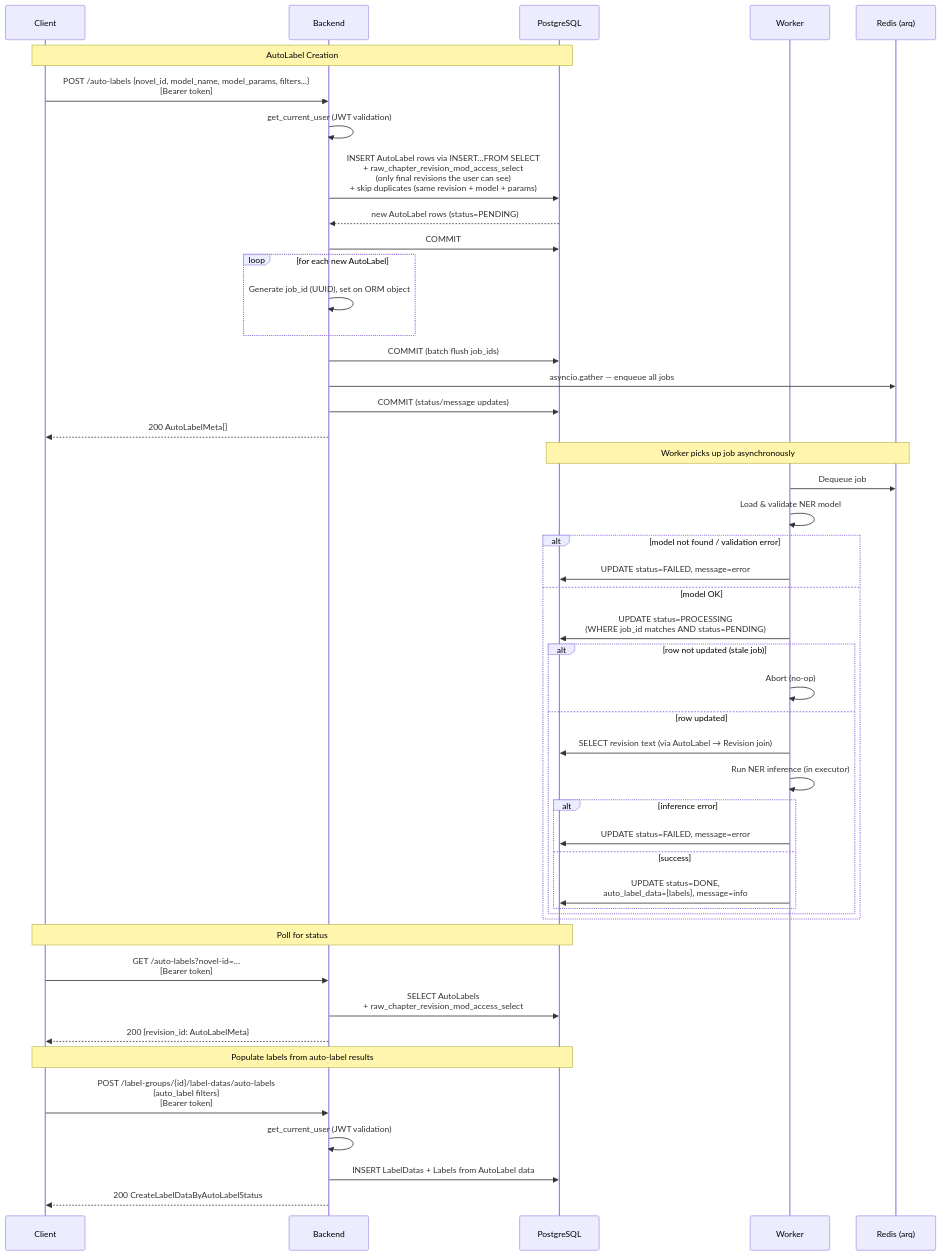
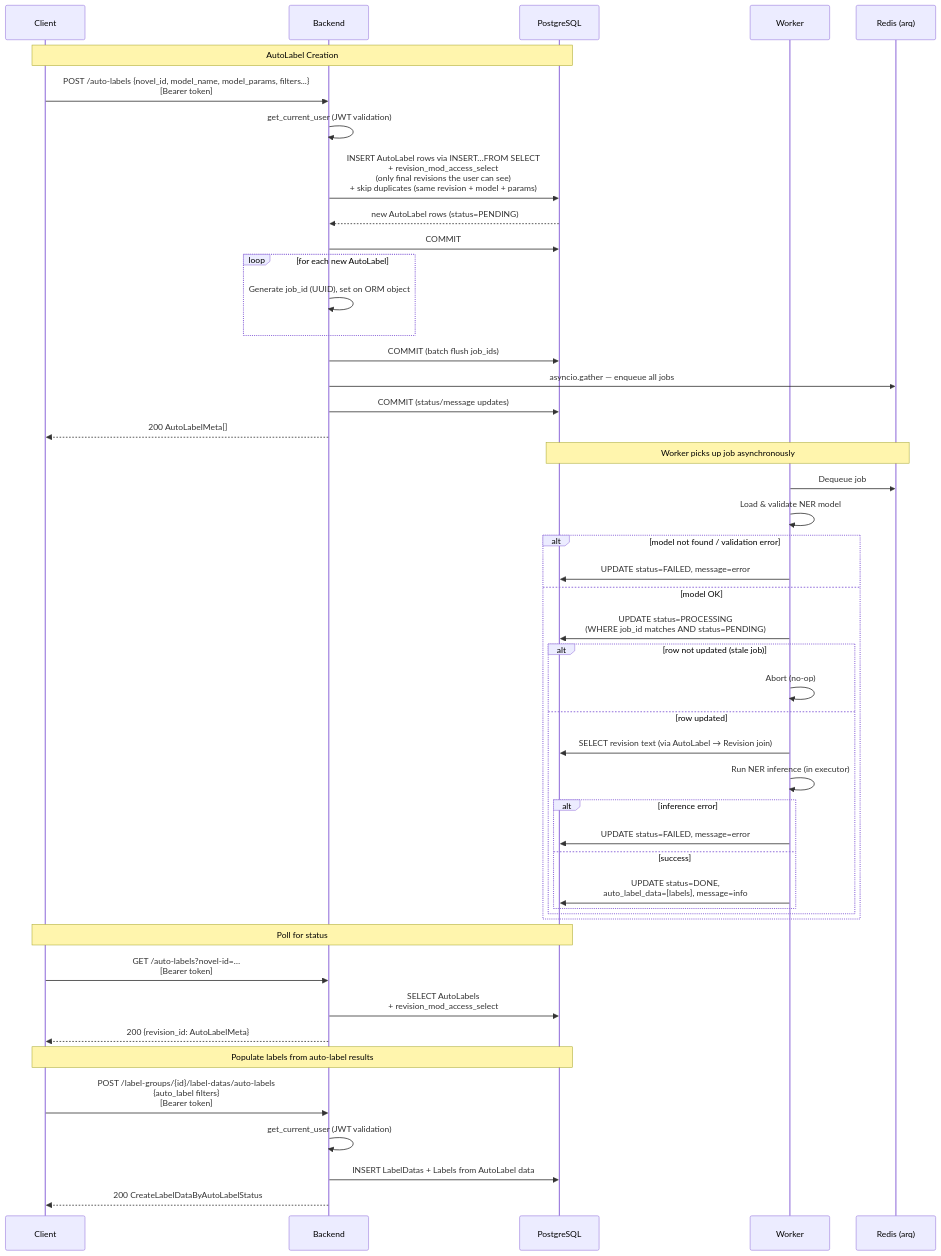
Before and after one commit to lzguan/noveltl: the second of 3 diagrams in docs/background-jobs.md, drawn with Mermaid. The commit also changed other lines of this file and 27 other files, not shown here.

First line of the commit message:
rename frontend RawChapter/RawChapterRevision to Chapter/Revision, doc audit fixes, add write-documentation skill

````diff
--- a/docs/background-jobs.md
+++ b/docs/background-jobs.md
@@ -48,54 +48,54 @@
 ```mermaid
 sequenceDiagram
     participant C as Client
     participant B as Backend
     participant DB as PostgreSQL
     participant W as Worker
     participant R as Redis (arq)
 
     note over DB,C: AutoLabel Creation
     C->>B: POST /auto-labels {novel_id, model_name, model_params, filters...}<br/>[Bearer token]
     B->>B: get_current_user (JWT validation)
-    B->>DB: INSERT AutoLabel rows via INSERT…FROM SELECT<br/>+ raw_chapter_revision_mod_access_select<br/>(only final revisions the user can see)<br/>+ skip duplicates (same revision + model + params)
+    B->>DB: INSERT AutoLabel rows via INSERT…FROM SELECT<br/>+ revision_mod_access_select<br/>(only final revisions the user can see)<br/>+ skip duplicates (same revision + model + params)
     DB-->>B: new AutoLabel rows (status=PENDING)
     B->>DB: COMMIT
 
     loop for each new AutoLabel
         B->>B: Generate job_id (UUID), set on ORM object
     end
     B->>DB: COMMIT (batch flush job_ids)
     B->>R: asyncio.gather — enqueue all jobs
     B->>DB: COMMIT (status/message updates)
     B-->>C: 200 AutoLabelMeta[]
 
     note over DB,R: Worker picks up job asynchronously
     W->>R: Dequeue job
     W->>W: Load & validate NER model
     alt model not found / validation error
         W->>DB: UPDATE status=FAILED, message=error
     else model OK
         W->>DB: UPDATE status=PROCESSING<br/>(WHERE job_id matches AND status=PENDING)
         alt row not updated (stale job)
             W->>W: Abort (no-op)
         else row updated
             W->>DB: SELECT revision text (via AutoLabel → Revision join)
             W->>W: Run NER inference (in executor)
             alt inference error
                 W->>DB: UPDATE status=FAILED, message=error
             else success
                 W->>DB: UPDATE status=DONE,<br/>auto_label_data=[labels], message=info
             end
         end
     end
 
     note over DB,C: Poll for status
     C->>B: GET /auto-labels?novel-id=…<br/>[Bearer token]
-    B->>DB: SELECT AutoLabels<br/>+ raw_chapter_revision_mod_access_select
+    B->>DB: SELECT AutoLabels<br/>+ revision_mod_access_select
     B-->>C: 200 {revision_id: AutoLabelMeta}
 
     note over DB,C: Populate labels from auto-label results
     C->>B: POST /label-groups/{id}/label-datas/auto-labels<br/>{auto_label filters}<br/>[Bearer token]
     B->>B: get_current_user (JWT validation)
     B->>DB: INSERT LabelDatas + Labels from AutoLabel data
     B-->>C: 200 CreateLabelDataByAutoLabelStatus
 ```
````
